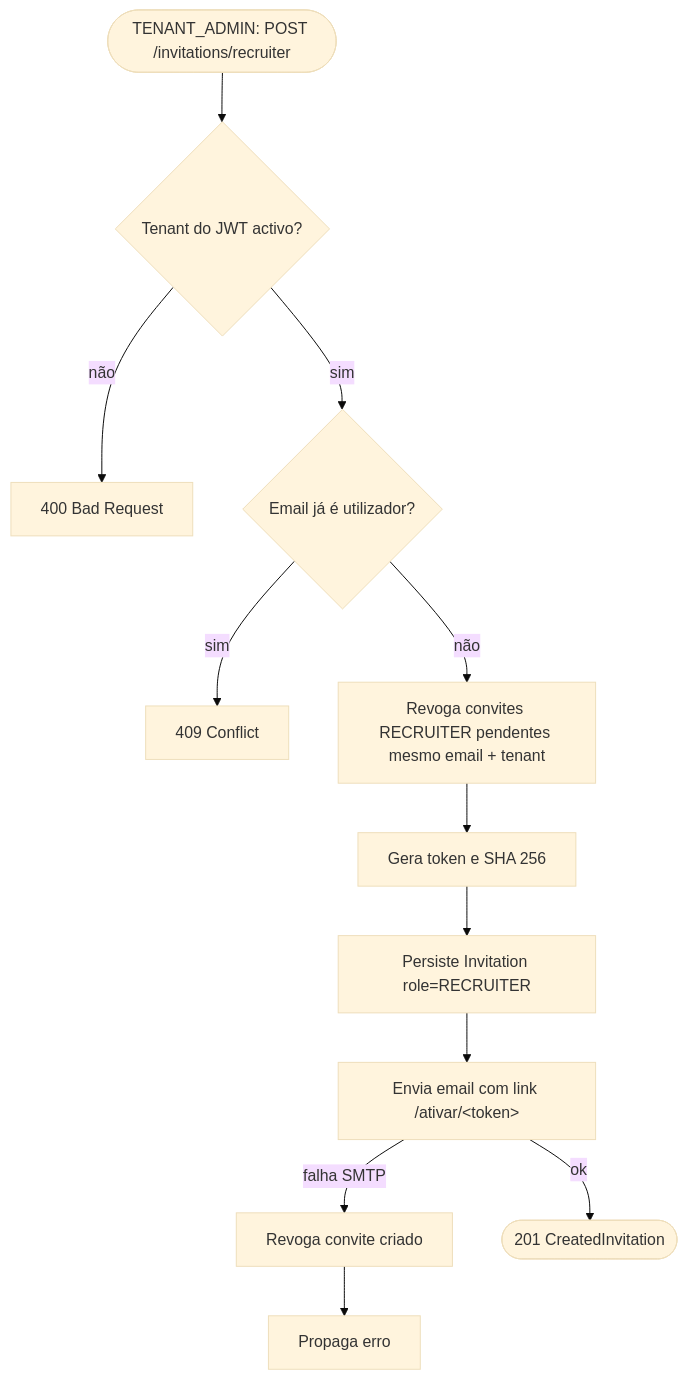
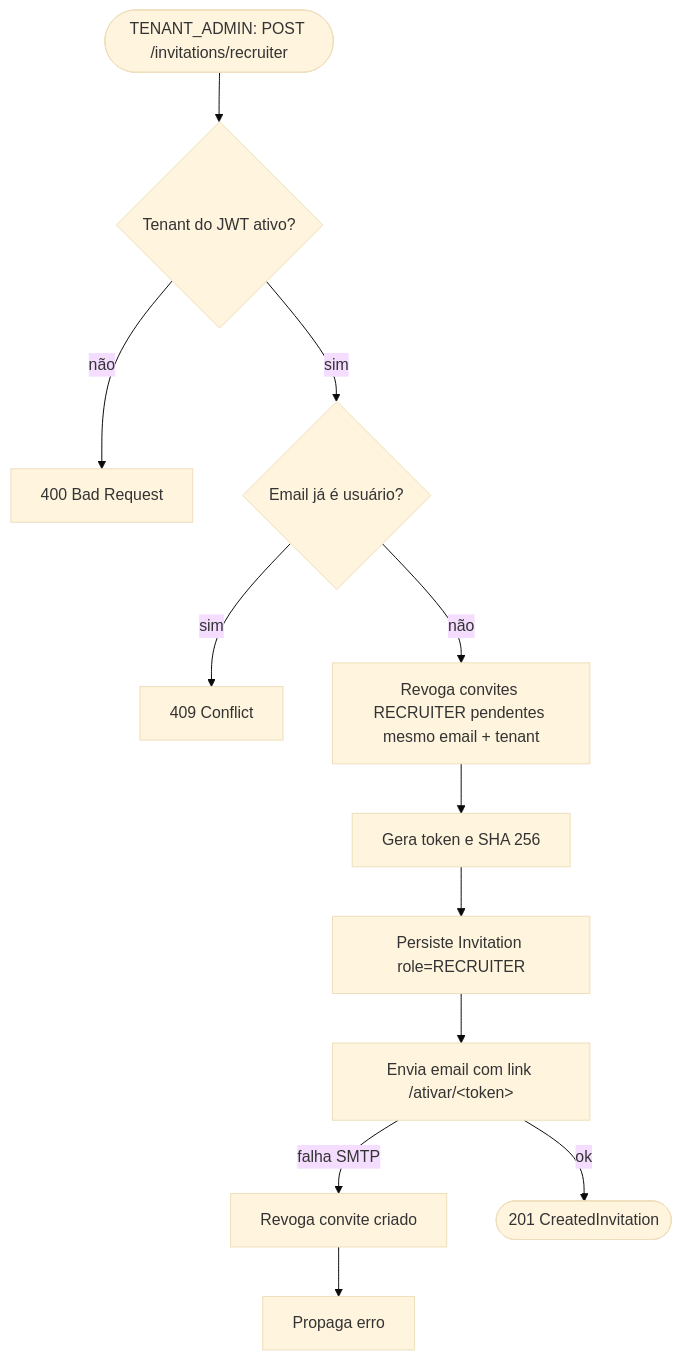
One commit to AndreXime/deploy-talent changed the third of 13 diagrams in FLUXOS.md. Above: the diagram before and after it, drawn with Mermaid (base theme). The commit also changed other lines of this file and 50 other files, not shown here.

````diff
--- a/FLUXOS.md
+++ b/FLUXOS.md
@@ -53,14 +53,14 @@
 ```mermaid
 flowchart TD
-    start([TENANT_ADMIN: POST /invitations/recruiter]) --> tenant{Tenant do JWT activo?}
+    start([TENANT_ADMIN: POST /invitations/recruiter]) --> tenant{Tenant do JWT ativo?}
     tenant -- não --> err400[400 Bad Request]
-    tenant -- sim --> userClash{Email já é utilizador?}
+    tenant -- sim --> userClash{Email já é usuário?}
     userClash -- sim --> err409[409 Conflict]
     userClash -- não --> revoke[Revoga convites RECRUITER pendentes mesmo email + tenant]
     revoke --> token[Gera token e SHA 256]
     token --> persist[Persiste Invitation role=RECRUITER]
     persist --> send[Envia email com link /ativar/&lt;token&gt;]
     send -- falha SMTP --> rollback[Revoga convite criado]
     rollback --> err5xx[Propaga erro]
     send -- ok --> created([201 CreatedInvitation])
 ```
````
